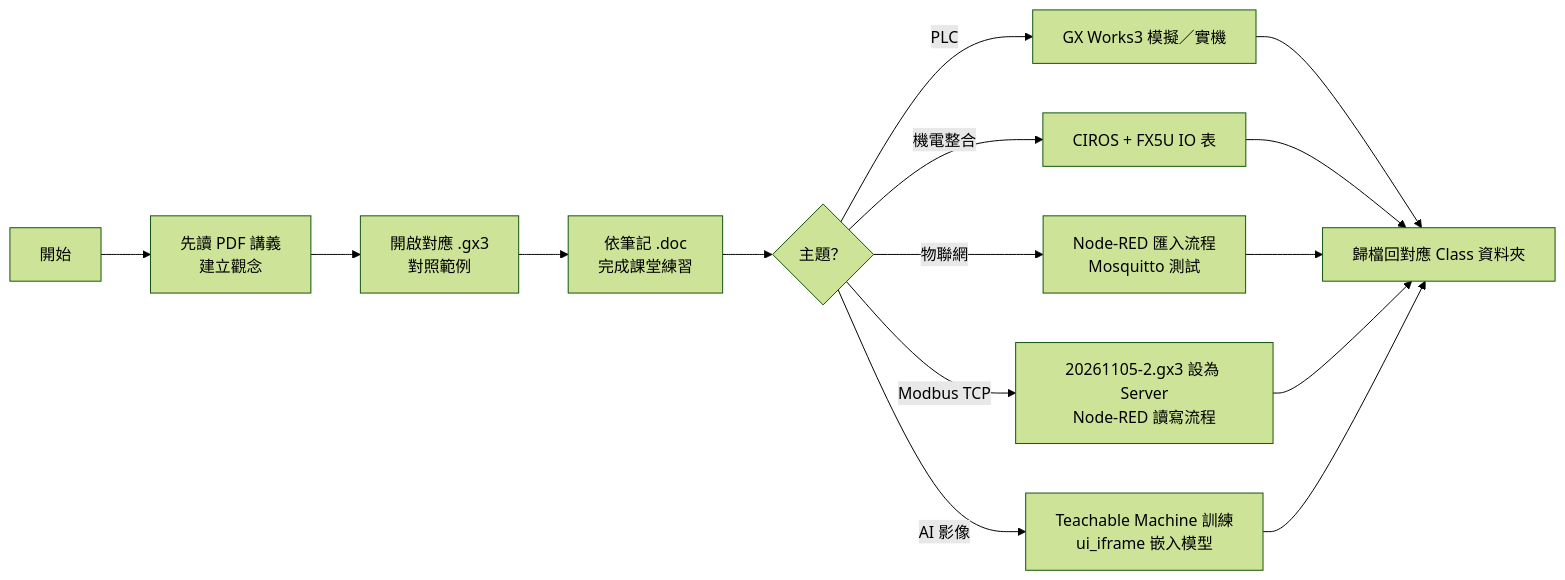
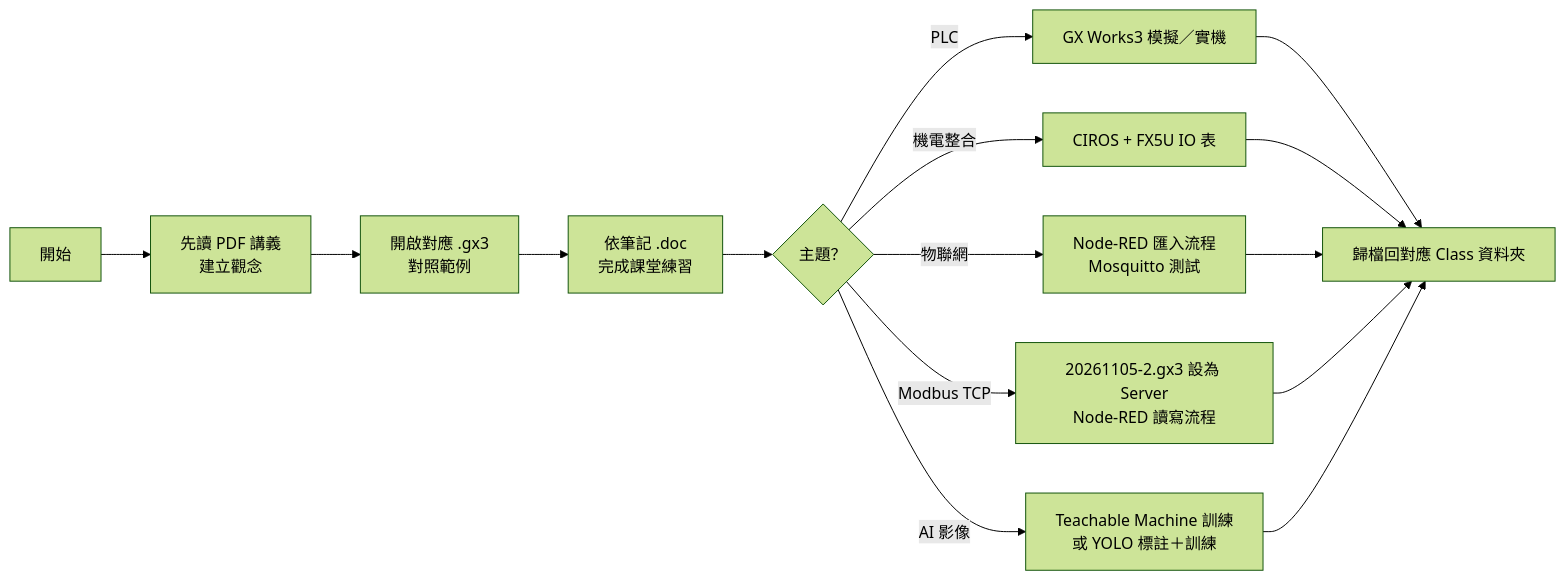
Before and after one commit to yd7148/INDUSTRY-4.0: the third of 6 diagrams in README.md, drawn with Mermaid (forest theme). The commit also changed other lines of this file and 447 other files, not shown here.

````diff
--- a/README.md
+++ b/README.md
@@ -150,17 +152,17 @@
 ```mermaid
 flowchart LR
     S["開始"] --> A["先讀 PDF 講義<br/>建立觀念"]
     A --> B["開啟對應 .gx3<br/>對照範例"]
     B --> C["依筆記 .doc<br/>完成課堂練習"]
     C --> D{"主題？"}
     D -->|PLC| E["GX Works3 模擬／實機"]
     D -->|機電整合| F["CIROS + FX5U IO 表"]
     D -->|物聯網| G["Node-RED 匯入流程<br/>Mosquitto 測試"]
     D -->|Modbus TCP| H["20261105-2.gx3 設為 Server<br/>Node-RED 讀寫流程"]
-    D -->|AI 影像| I2["Teachable Machine 訓練<br/>ui_iframe 嵌入模型"]
+    D -->|AI 影像| I2["Teachable Machine 訓練<br/>或 YOLO 標註＋訓練"]
     E --> I["歸檔回對應 Class 資料夾"]
     F --> I
     G --> I
     H --> I
     I2 --> I
 ```
````
